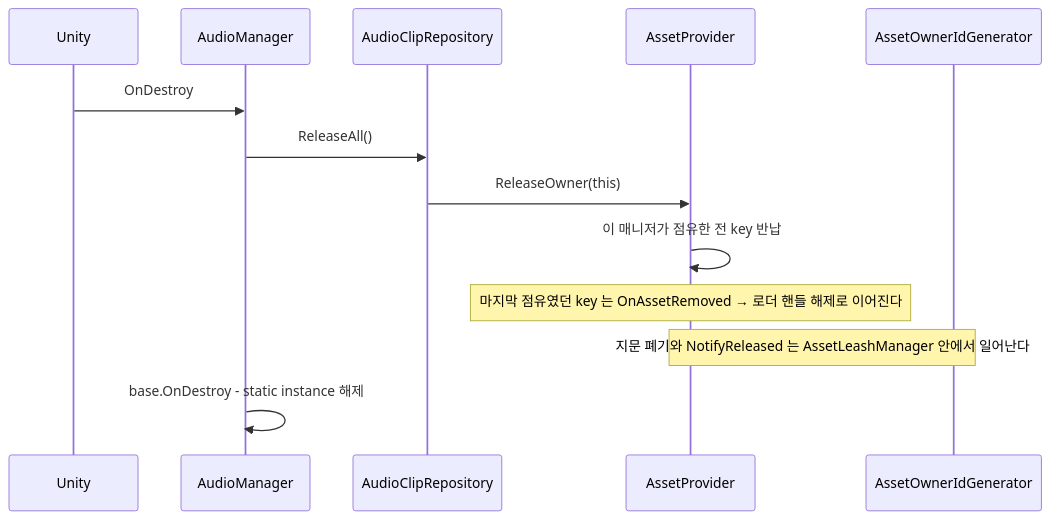
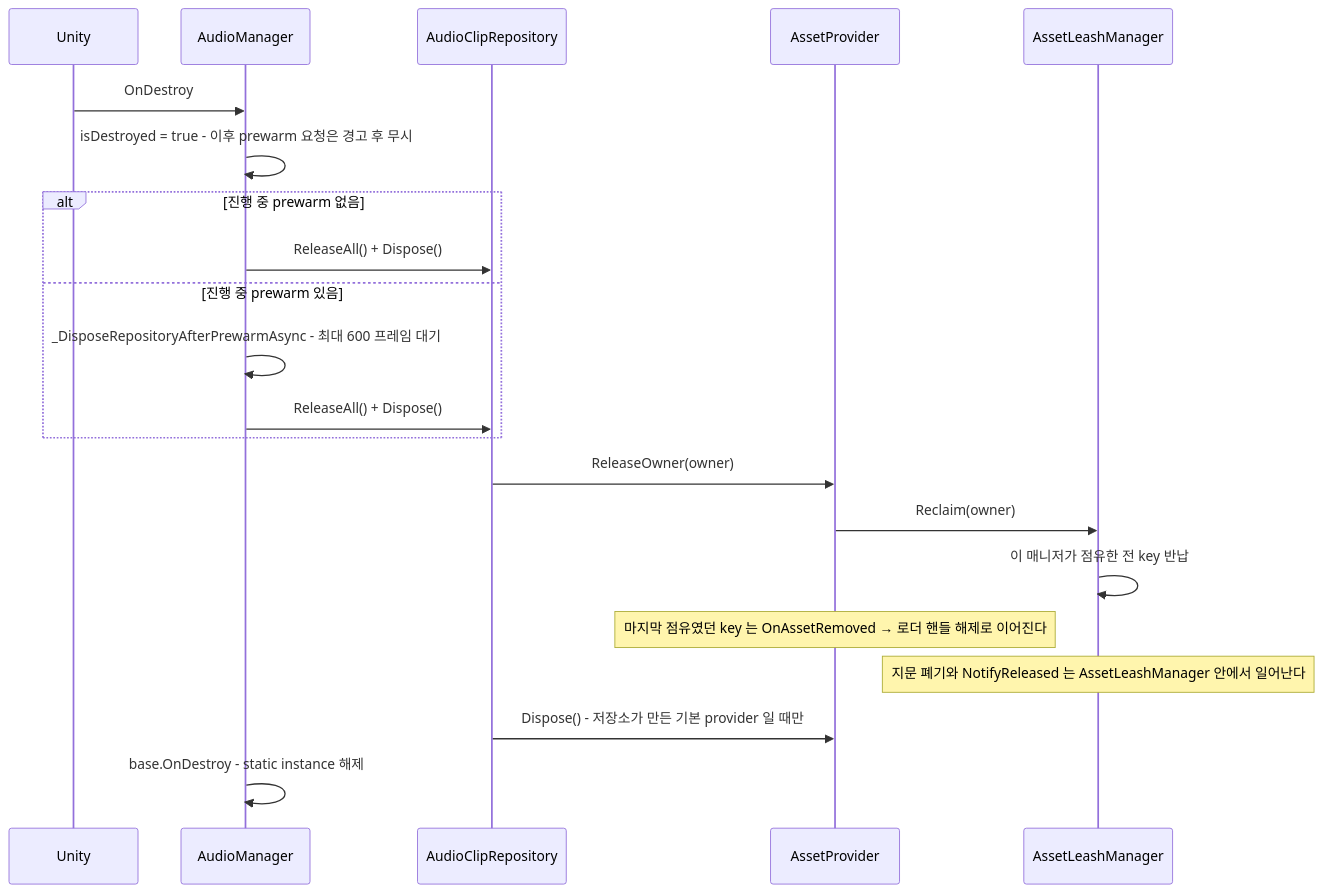
One commit to HoHong123/HCUP-Unity changed the sixth of 9 diagrams in HAudio/Runtime/README.md. Above: the diagram before and after it, drawn with Mermaid. The commit also changed other lines of this file, not shown here.

````diff
--- a/HAudio/Runtime/README.md
+++ b/HAudio/Runtime/README.md
@@ -268,16 +270,24 @@
 ```mermaid
 sequenceDiagram
     participant U as Unity
     participant AM as AudioManager
     participant REPO as AudioClipRepository
     participant AP as AssetProvider
-    participant GEN as AssetOwnerIdGenerator
+    participant LM as AssetLeashManager
 
     U->>AM: OnDestroy
-    AM->>REPO: ReleaseAll()
-    REPO->>AP: ReleaseOwner(this)
-    AP->>AP: 이 매니저가 점유한 전 key 반납
+    AM->>AM: isDestroyed = true - 이후 prewarm 요청은 경고 후 무시
+    alt 진행 중 prewarm 없음
+        AM->>REPO: ReleaseAll() + Dispose()
+    else 진행 중 prewarm 있음
+        AM->>AM: _DisposeRepositoryAfterPrewarmAsync - 최대 600 프레임 대기
+        AM->>REPO: ReleaseAll() + Dispose()
+    end
+    REPO->>AP: ReleaseOwner(owner)
+    AP->>LM: Reclaim(owner)
+    LM->>LM: 이 매니저가 점유한 전 key 반납
     Note over AP: 마지막 점유였던 key 는 OnAssetRemoved → 로더 핸들 해제로 이어진다
-    Note over AP,GEN: 지문 폐기와 NotifyReleased 는 AssetLeashManager 안에서 일어난다
+    Note over LM: 지문 폐기와 NotifyReleased 는 AssetLeashManager 안에서 일어난다
+    REPO->>AP: Dispose() - 저장소가 만든 기본 provider 일 때만
     AM->>AM: base.OnDestroy - static instance 해제
 ```
````
